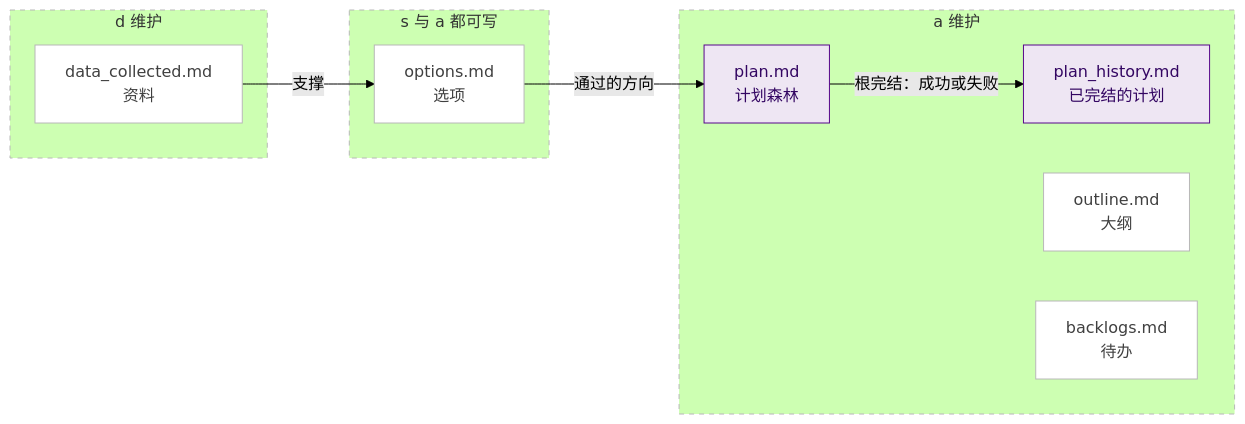
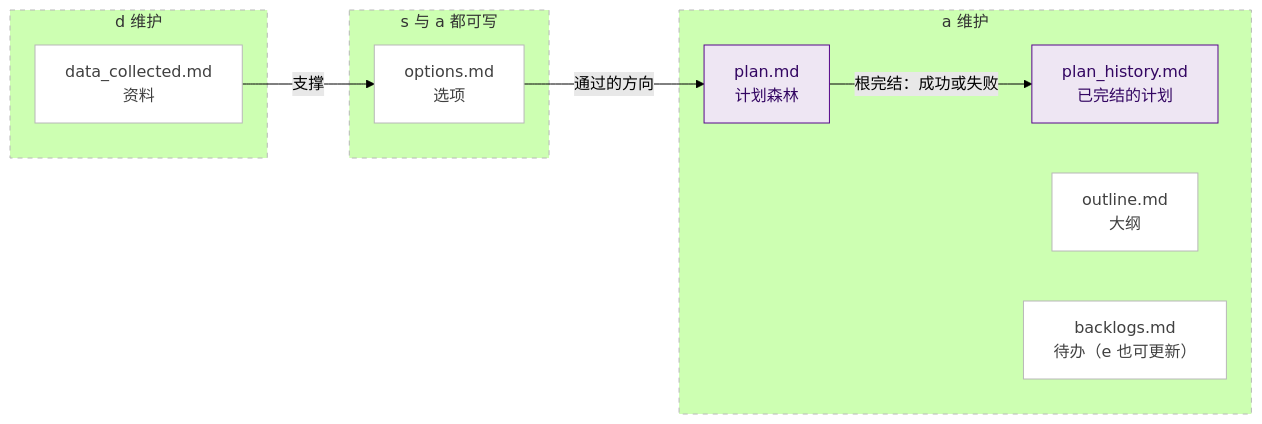
The second of 2 diagrams in README.md (asj252/persona-masks-cn), drawn with Mermaid (forest theme) before and after one commit. The commit also changed other lines of this file, not shown here.

````diff
--- a/README.md
+++ b/README.md
@@ -57,25 +57,25 @@
 ```mermaid
 flowchart LR
   subgraph collector["d 维护"]
     DC["data_collected.md<br/>资料"]
   end
   subgraph seeker["s 与 a 都可写"]
     OP["options.md<br/>选项"]
   end
   subgraph architect["a 维护"]
     P["plan.md<br/>计划森林"]
     H["plan_history.md<br/>已完结的计划"]
     O["outline.md<br/>大纲"]
-    B["backlogs.md<br/>待办"]
+    B["backlogs.md<br/>待办（e 也可更新）"]
   end
   DC -->|"支撑"| OP
   OP -->|"通过的方向"| P
   P -->|"根完结：成功或失败"| H
   classDef box fill:#FFFFFF,stroke:#B8B8B8,color:#404040
   classDef key fill:#EEE6F3,stroke:#57068C,color:#330662
   class DC,OP,O,B box
   class P,H key
   style collector stroke:#B8B8B8,stroke-dasharray:5 5
   style seeker stroke:#B8B8B8,stroke-dasharray:5 5
   style architect stroke:#B8B8B8,stroke-dasharray:5 5
 ```
````
